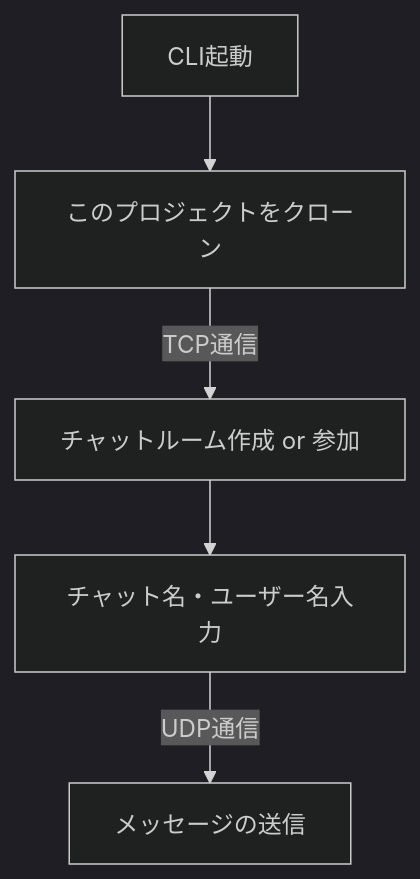
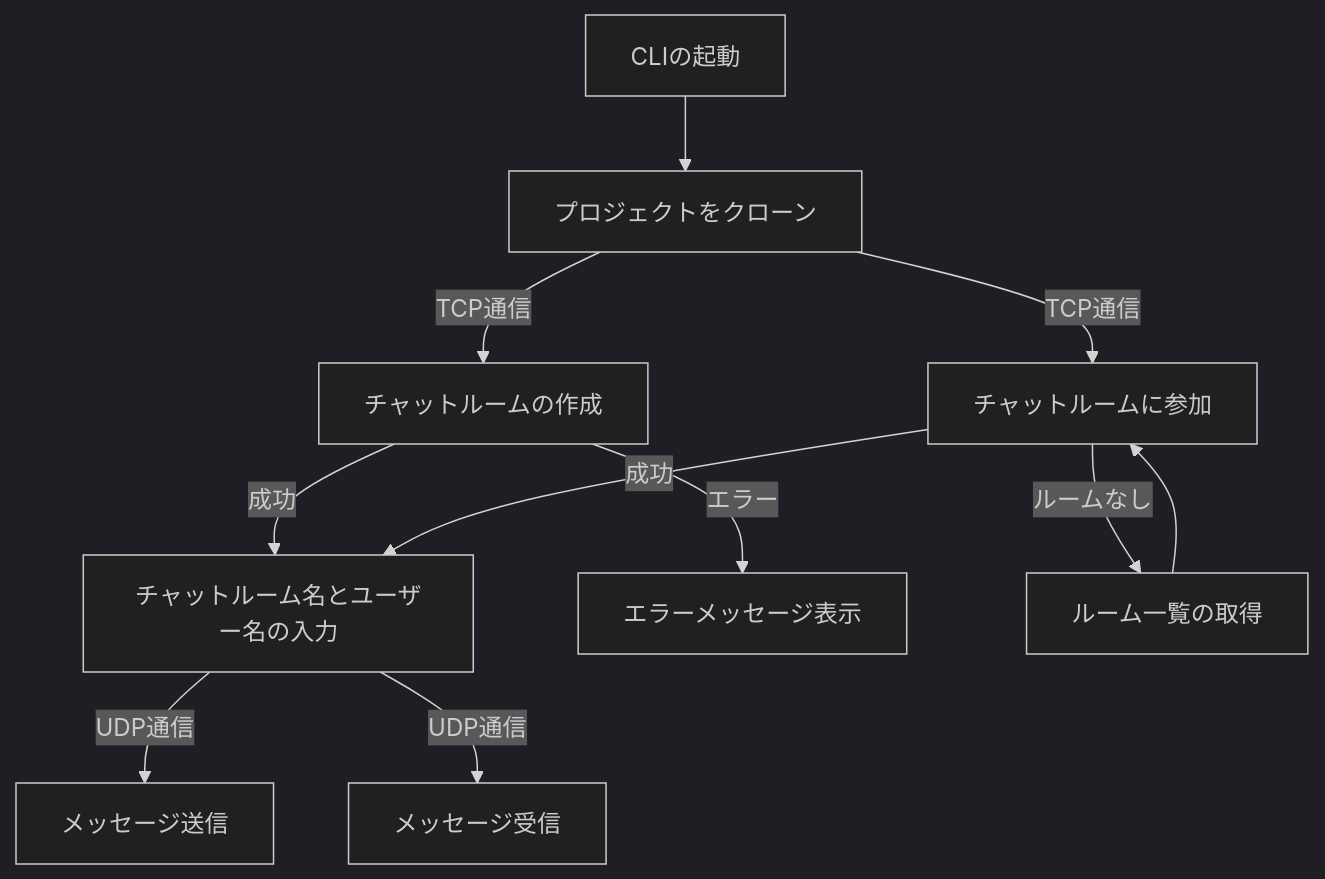
Before and after one commit to BackendExplorer/Tenshin: the diagram in README.md, drawn with Mermaid (dark theme).

````diff
--- a/README.md
+++ b/README.md
@@ -1,7 +1,16 @@
 ```mermaid
 graph TD
-    A[CLI起動] --> B[このプロジェクトをクローン]
-    B -- TCP通信 --> C[チャットルーム作成 or 参加]
-    C --> D[チャット名・ユーザー名入力]
-    D -- UDP通信 --> E[メッセージの送信]
+    A[CLIの起動] --> B[プロジェクトをクローン]
+    B -- TCP通信 --> C[チャットルームの作成]
+    B -- TCP通信 --> D[チャットルームに参加]
+    
+    C -->|成功| E[チャットルーム名とユーザー名の入力]
+    C -->|エラー| G[エラーメッセージ表示]
+    
+    D -->|成功| E
+    D -->|ルームなし| H[ルーム一覧の取得]
+    H --> D
+    
+    E -- UDP通信 --> I[メッセージ送信]
+    E -- UDP通信 --> J[メッセージ受信]
 ```
````
